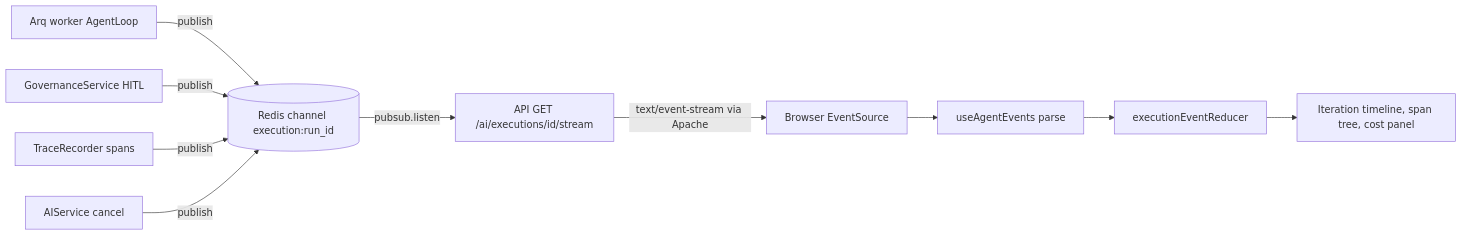
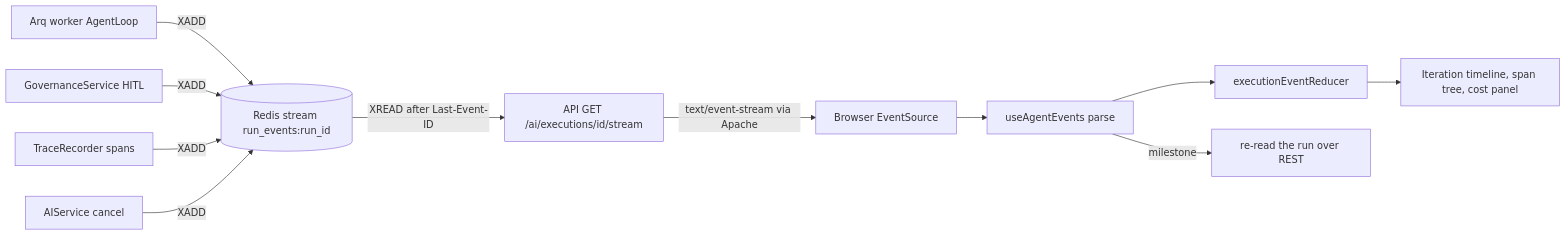
Before and after one commit to gondolerahul/hire-buddha-app: the tenth of 14 diagrams in docs/current/13-gateway-and-realtime.md, drawn with Mermaid. The commit also changed other lines of this file and 31 other files, not shown here.

````diff
--- a/docs/current/13-gateway-and-realtime.md
+++ b/docs/current/13-gateway-and-realtime.md
@@ -783,12 +791,13 @@
 ```mermaid
 flowchart LR
-    W["Arq worker AgentLoop"] -->|publish| RD[("Redis channel execution:run_id")]
-    G["GovernanceService HITL"] -->|publish| RD
-    T["TraceRecorder spans"] -->|publish| RD
-    S["AIService cancel"] -->|publish| RD
-    RD -->|pubsub.listen| BE["API GET /ai/executions/id/stream"]
+    W["Arq worker AgentLoop"] -->|XADD| RD[("Redis stream run_events:run_id")]
+    G["GovernanceService HITL"] -->|XADD| RD
+    T["TraceRecorder spans"] -->|XADD| RD
+    S["AIService cancel"] -->|XADD| RD
+    RD -->|XREAD after Last-Event-ID| BE["API GET /ai/executions/id/stream"]
     BE -->|text/event-stream via Apache| ES["Browser EventSource"]
     ES --> HK["useAgentEvents parse"]
     HK --> RED["executionEventReducer"]
     RED --> UI["Iteration timeline, span tree, cost panel"]
+    HK -->|milestone| REST["re-read the run over REST"]
 ```
````
